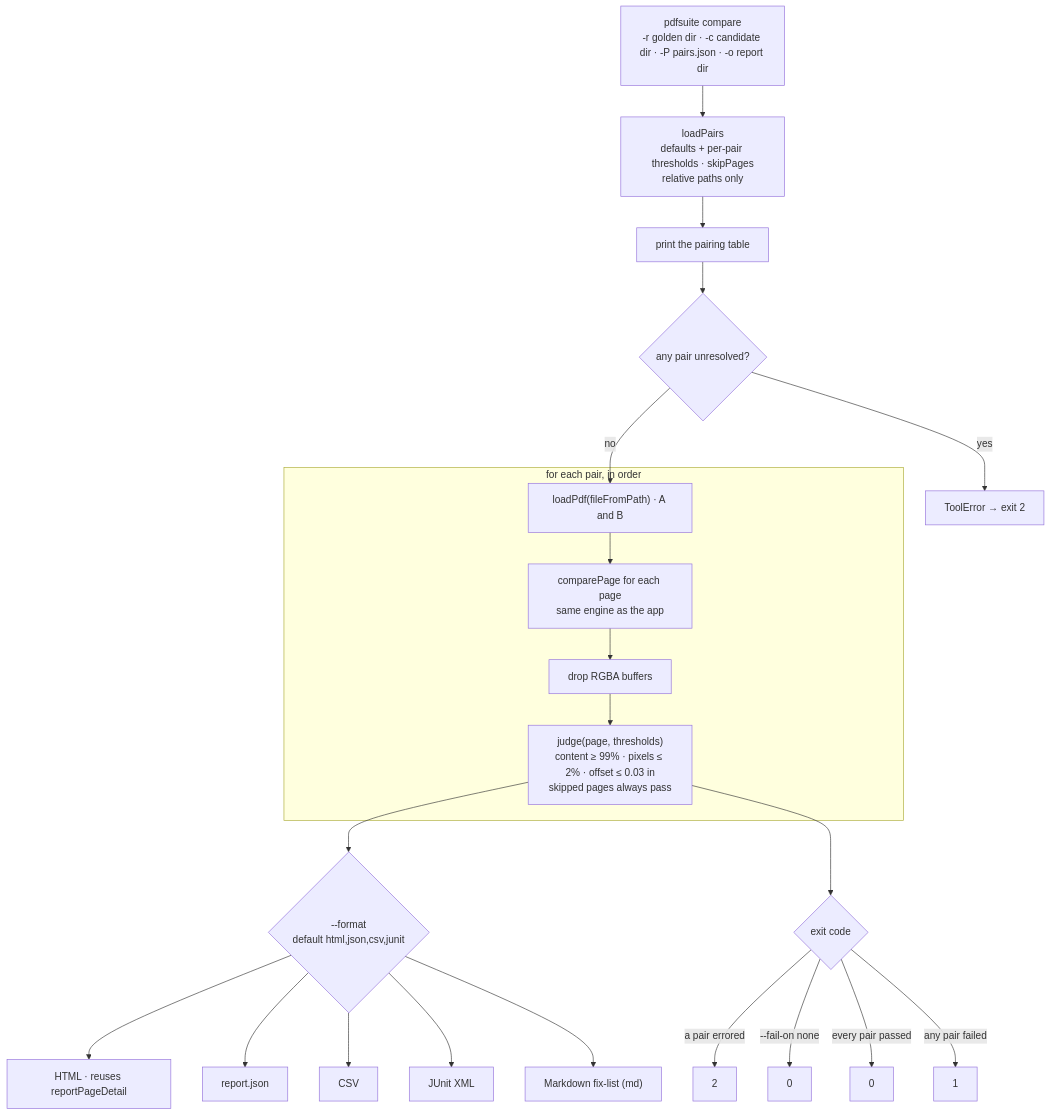
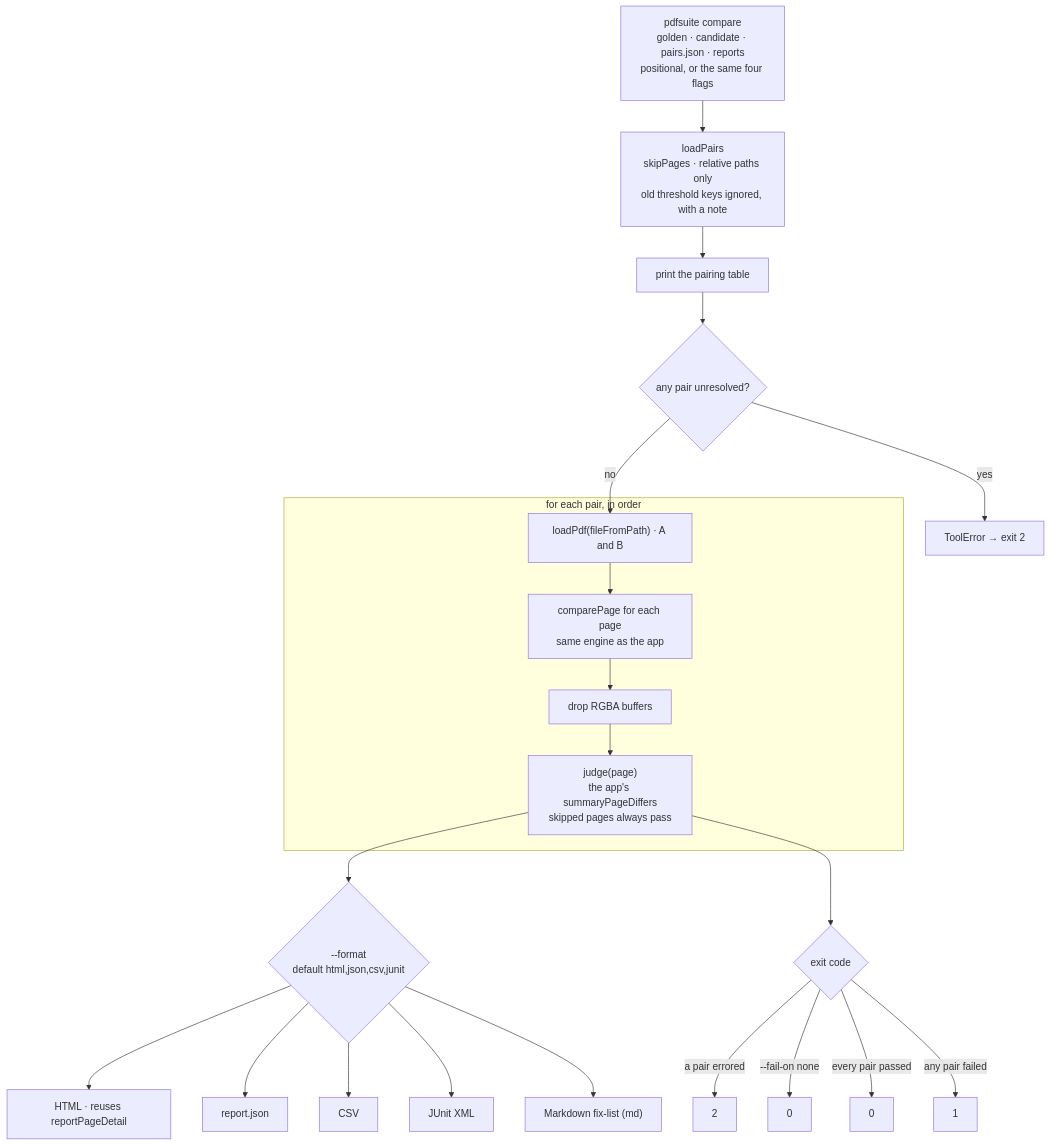
Before and after one commit to arpitarya/pdf-testing-suite: diagram 15 of 18 in docs/ARCHITECTURE.md, drawn with Mermaid. The commit also changed other lines of this file and 17 other files, not shown here.

````diff
--- a/docs/ARCHITECTURE.md
+++ b/docs/ARCHITECTURE.md
@@ -538,24 +539,24 @@
 ```mermaid
 flowchart TB
-  IN["pdfsuite compare<br/>-r golden dir · -c candidate dir · -P pairs.json · -o report dir"] --> LP["loadPairs<br/>defaults + per-pair thresholds · skipPages<br/>relative paths only"]
+  IN["pdfsuite compare<br/>golden · candidate · pairs.json · reports<br/>positional, or the same four flags"] --> LP["loadPairs<br/>skipPages · relative paths only<br/>old threshold keys ignored, with a note"]
   LP --> TBL["print the pairing table"]
   TBL --> PB{"any pair unresolved?"}
   PB -->|yes| X2A["ToolError → exit 2"]
   PB -->|no| L1
   subgraph LOOP["for each pair, in order"]
     L1["loadPdf(fileFromPath) · A and B"] --> L2["comparePage for each page<br/>same engine as the app"]
     L2 --> L3["drop RGBA buffers"]
-    L3 --> L4["judge(page, thresholds)<br/>content ≥ 99% · pixels ≤ 2% · offset ≤ 0.03 in<br/>skipped pages always pass"]
+    L3 --> L4["judge(page)<br/>the app's summaryPageDiffers<br/>skipped pages always pass"]
   end
   L4 --> FMT{"--format<br/>default html,json,csv,junit"}
   FMT --> H["HTML · reuses reportPageDetail"]
   FMT --> J["report.json"]
   FMT --> C["CSV"]
   FMT --> JU["JUnit XML"]
   FMT --> MD["Markdown fix-list (md)"]
   L4 --> EX{"exit code"}
   EX -->|"a pair errored"| X2["2"]
   EX -->|"--fail-on none"| X0["0"]
   EX -->|"every pair passed"| X0B["0"]
   EX -->|"any pair failed"| X1["1"]
 ```
````
